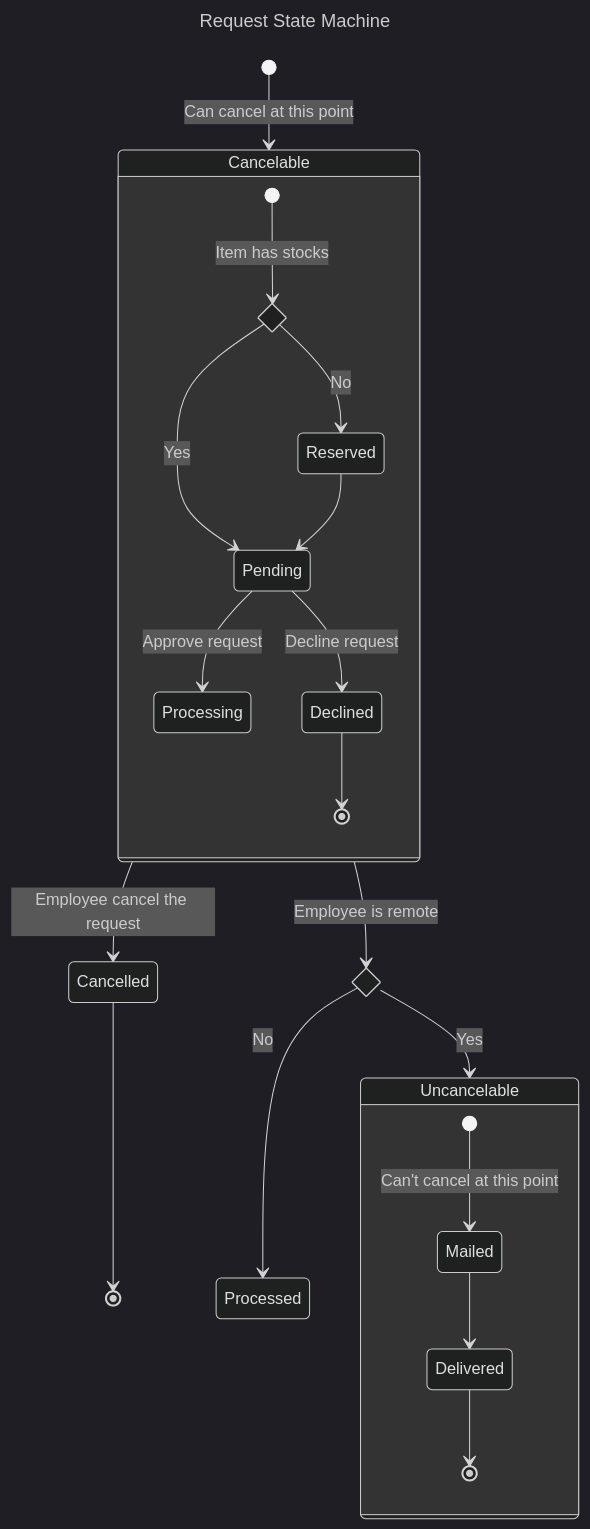
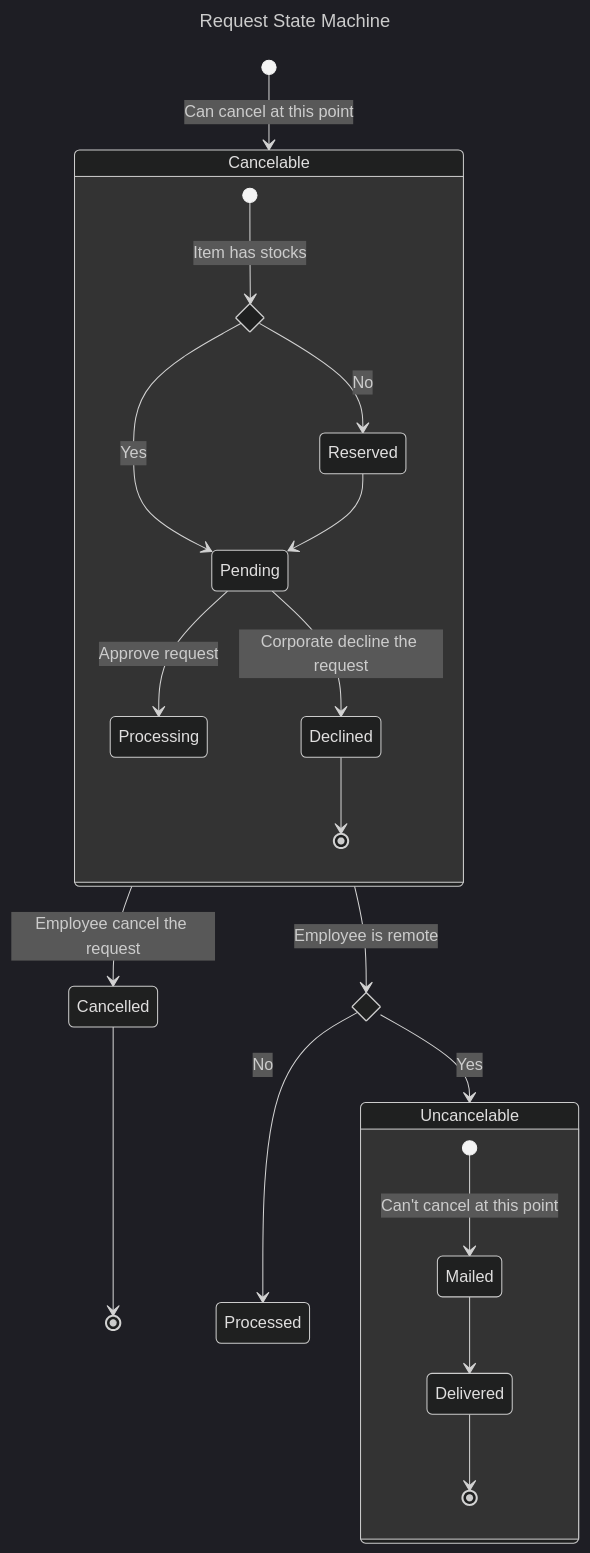
One commit to wheesnoza/item-loan-tracker changed the diagram in .docs/Request/states.md. Above: the diagram before and after it, drawn with Mermaid (dark theme).

Commit message:
Change label of state.

````diff
--- a/.docs/Request/states.md
+++ b/.docs/Request/states.md
@@ -1,28 +1,28 @@
 ```mermaid
 ---
 title: Request State Machine
 ---
 stateDiagram-v2
 	state is_remote <<choice>>
 	[*] --> Cancelable: Can cancel at this point
 	Cancelable --> Cancelled: Employee cancel the request
 	Cancelled --> [*]
 	state Cancelable {
 		state has_stocks <<choice>>
 		[*] --> has_stocks: Item has stocks
 		has_stocks --> Reserved: No
 		has_stocks --> Pending: Yes
 		Reserved --> Pending
 		Pending --> Processing: Approve request
-		Pending --> Declined: Decline request
+		Pending --> Declined: Corporate decline the request
 		Declined --> [*]
 	}
 	Cancelable --> is_remote: Employee is remote
 	is_remote --> Uncancelable: Yes
 	is_remote --> Processed: No
 	state Uncancelable {
 		[*] --> Mailed: Can't cancel at this point
 		Mailed --> Delivered
 		Delivered --> [*]
 	}
 ```
````
